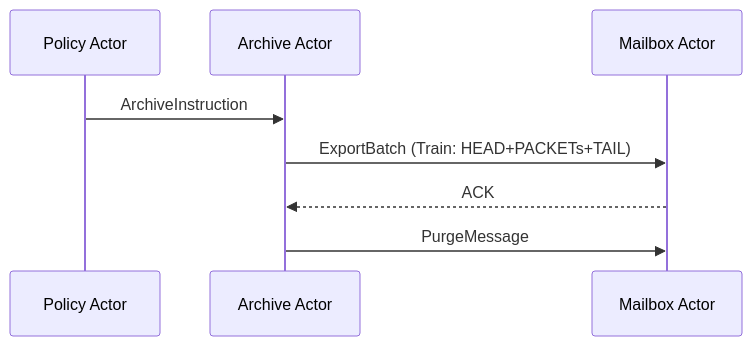
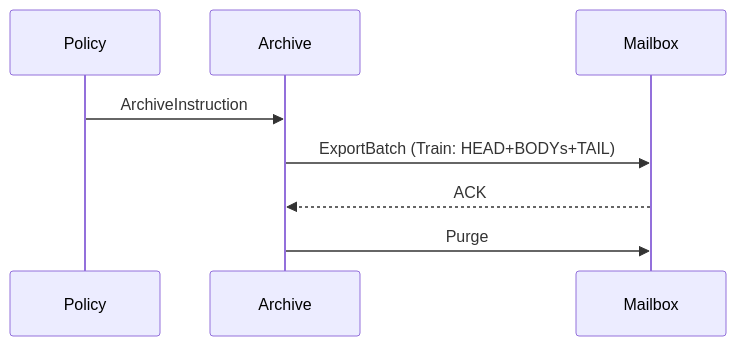
Before and after one commit to DBJARH/DBJ_METHOD_STG: the third of 4 diagrams in docs/kb/agent-actor-model/email-use-case.md, drawn with Mermaid. The commit also changed other lines of this file and 1 other file, not shown here.

````diff
--- a/docs/kb/agent-actor-model/email-use-case.md
+++ b/docs/kb/agent-actor-model/email-use-case.md
@@ -115,11 +137,11 @@
 ```mermaid
 sequenceDiagram
-    participant PL as Policy Actor
-    participant AR as Archive Actor
-    participant MB as Mailbox Actor
+    participant PL as Policy
+    participant AR as Archive
+    participant MB as Mailbox
 
     PL->>AR: ArchiveInstruction
-    AR->>MB: ExportBatch (Train: HEAD+PACKETs+TAIL)
+    AR->>MB: ExportBatch (Train: HEAD+BODYs+TAIL)
     MB-->>AR: ACK
-    AR->>MB: PurgeMessage
+    AR->>MB: Purge
 ```
````
